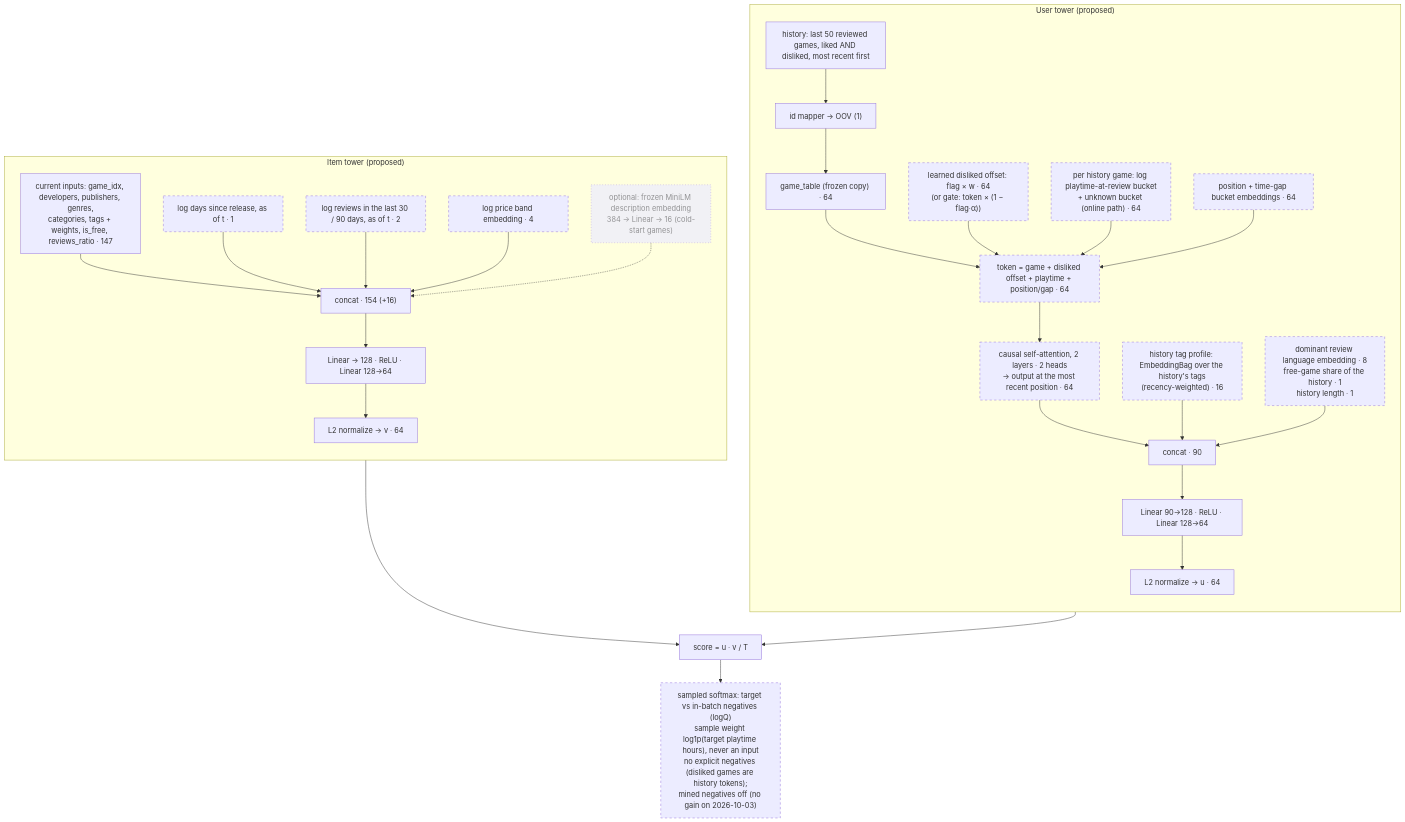
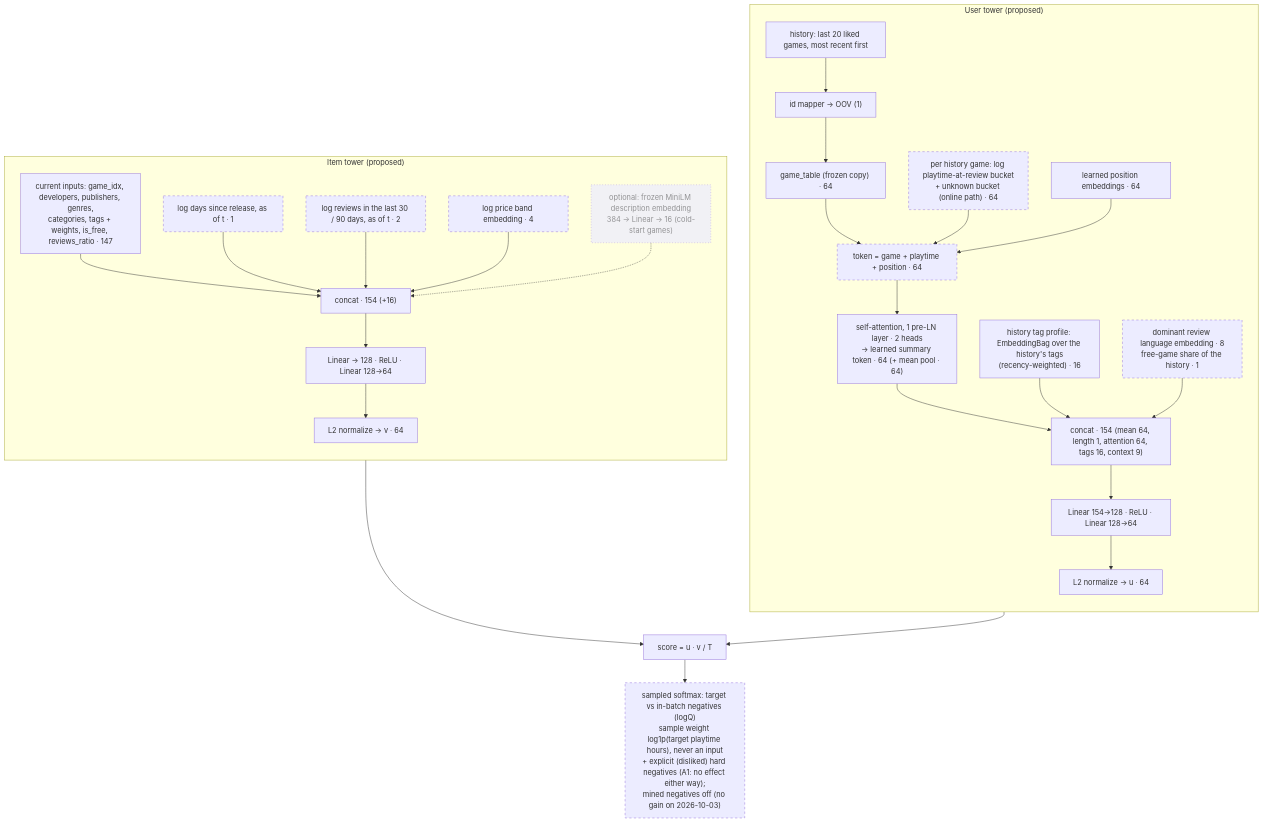
Before and after one commit to sadelcarpio/steam-recsys-e2e: the second of 2 diagrams in training/README.md, drawn with Mermaid. The commit also changed other lines of this file and 1 other file, not shown here.

First line of the commit message:
Training docs: experiment log; A2, A1 re-test and batch size rejected

````diff
--- a/training/README.md
+++ b/training/README.md
@@ -145,46 +148,45 @@
 ```mermaid
 flowchart TB
   subgraph user["User tower (proposed)"]
     direction TB
-    H["history: last 50 reviewed games, liked AND disliked, most recent first"]
+    H["history: last 20 liked games, most recent first"]
     UM["id mapper → OOV (1)"]
     GT["game_table (frozen copy) · 64"]
-    POL["learned disliked offset: flag × w · 64<br/>(or gate: token × (1 − flag·α))"]:::new
     PT["per history game: log playtime-at-review bucket<br/>+ unknown bucket (online path) · 64"]:::new
-    POS["position + time-gap bucket embeddings · 64"]:::new
-    TOK["token = game + disliked offset + playtime + position/gap · 64"]:::new
-    ATT["causal self-attention, 2 layers · 2 heads<br/>→ output at the most recent position · 64"]:::new
-    TP["history tag profile: EmbeddingBag over the history's tags<br/>(recency-weighted) · 16"]:::new
-    CTX["dominant review language embedding · 8<br/>free-game share of the history · 1<br/>history length · 1"]:::new
-    UC["concat · 90"]
-    UMLP["Linear 90→128 · ReLU · Linear 128→64"]
+    POS["learned position embeddings · 64"]
+    TOK["token = game + playtime + position · 64"]:::new
+    ATT["self-attention, 1 pre-LN layer · 2 heads<br/>→ learned summary token · 64 (+ mean pool · 64)"]
+    TP["history tag profile: EmbeddingBag over the history's tags<br/>(recency-weighted) · 16"]
+    CTX["dominant review language embedding · 8<br/>free-game share of the history · 1"]:::new
+    UC["concat · 154 (mean 64, length 1, attention 64, tags 16, context 9)"]
+    UMLP["Linear 154→128 · ReLU · Linear 128→64"]
     UN["L2 normalize → u · 64"]
     H --> UM --> GT --> TOK
-    POL & PT & POS --> TOK
+    PT & POS --> TOK
     TOK --> ATT --> UC
     TP & CTX --> UC
     UC --> UMLP --> UN
   end
 
   subgraph item["Item tower (proposed)"]
     direction TB
     CUR["current inputs: game_idx, developers, publishers, genres,<br/>categories, tags + weights, is_free, reviews_ratio · 147"]
     AGE["log days since release, as of t · 1"]:::new
     POP["log reviews in the last 30 / 90 days, as of t · 2"]:::new
     PRICE["log price band embedding · 4"]:::new
     DESC["optional: frozen MiniLM description embedding<br/>384 → Linear → 16 (cold-start games)"]:::opt
     IC["concat · 154 (+16)"]
     IMLP["Linear → 128 · ReLU · Linear 128→64"]
     IN["L2 normalize → v · 64"]
     CUR & AGE & POP & PRICE --> IC
     DESC -.-> IC
     IC --> IMLP --> IN
   end
 
   UN --> S["score = u · v / T"]
   IN --> S
-  S --> LOSS["sampled softmax: target vs in-batch negatives (logQ)<br/>sample weight log1p(target playtime hours), never an input<br/>no explicit negatives (disliked games are history tokens);<br/>mined negatives off (no gain on 2026-10-03)"]:::new
+  S --> LOSS["sampled softmax: target vs in-batch negatives (logQ)<br/>sample weight log1p(target playtime hours), never an input<br/>+ explicit (disliked) hard negatives (A1: no effect either way);<br/>mined negatives off (no gain on 2026-10-03)"]:::new
 
   classDef new stroke-dasharray: 5 5
   classDef opt stroke-dasharray: 2 4,opacity:0.7
 ```
````
